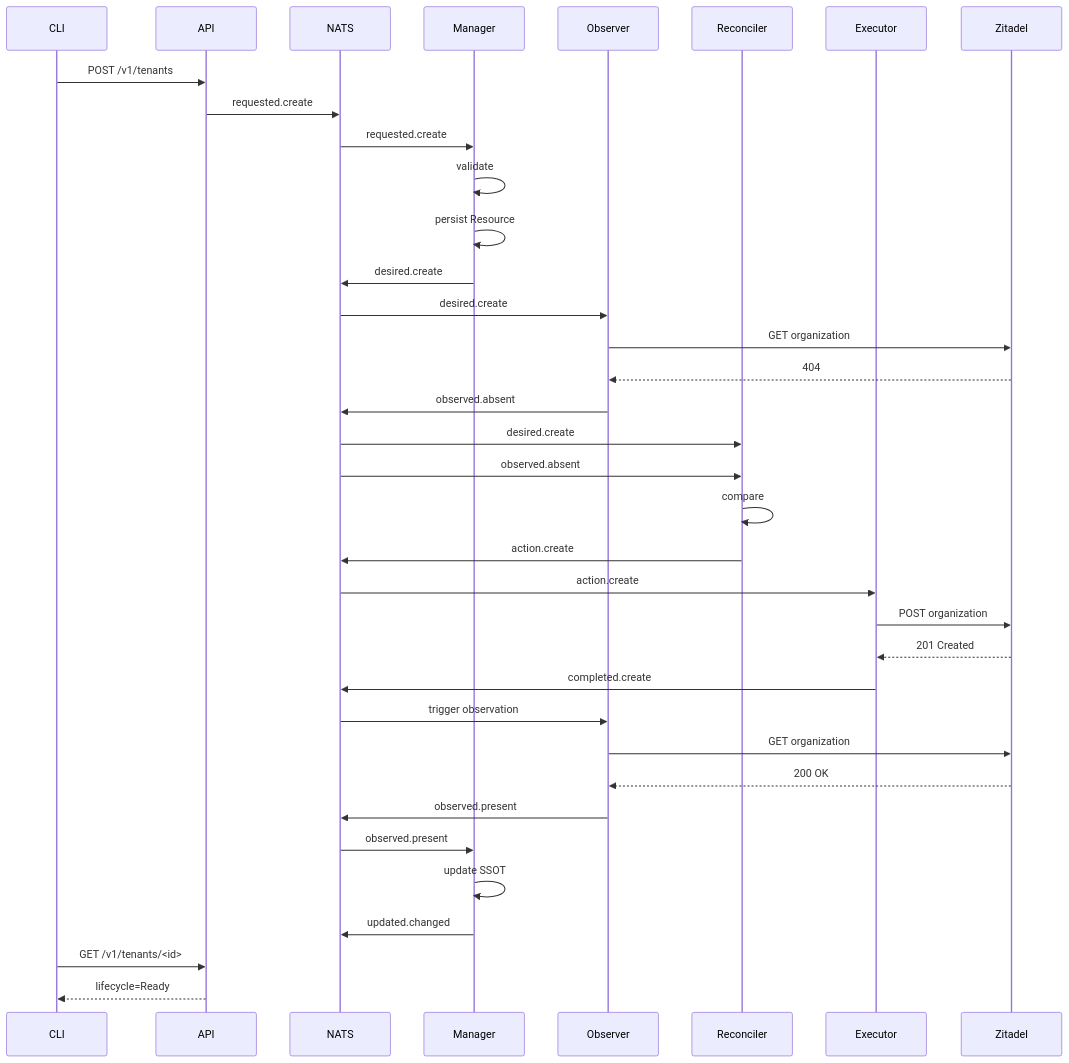
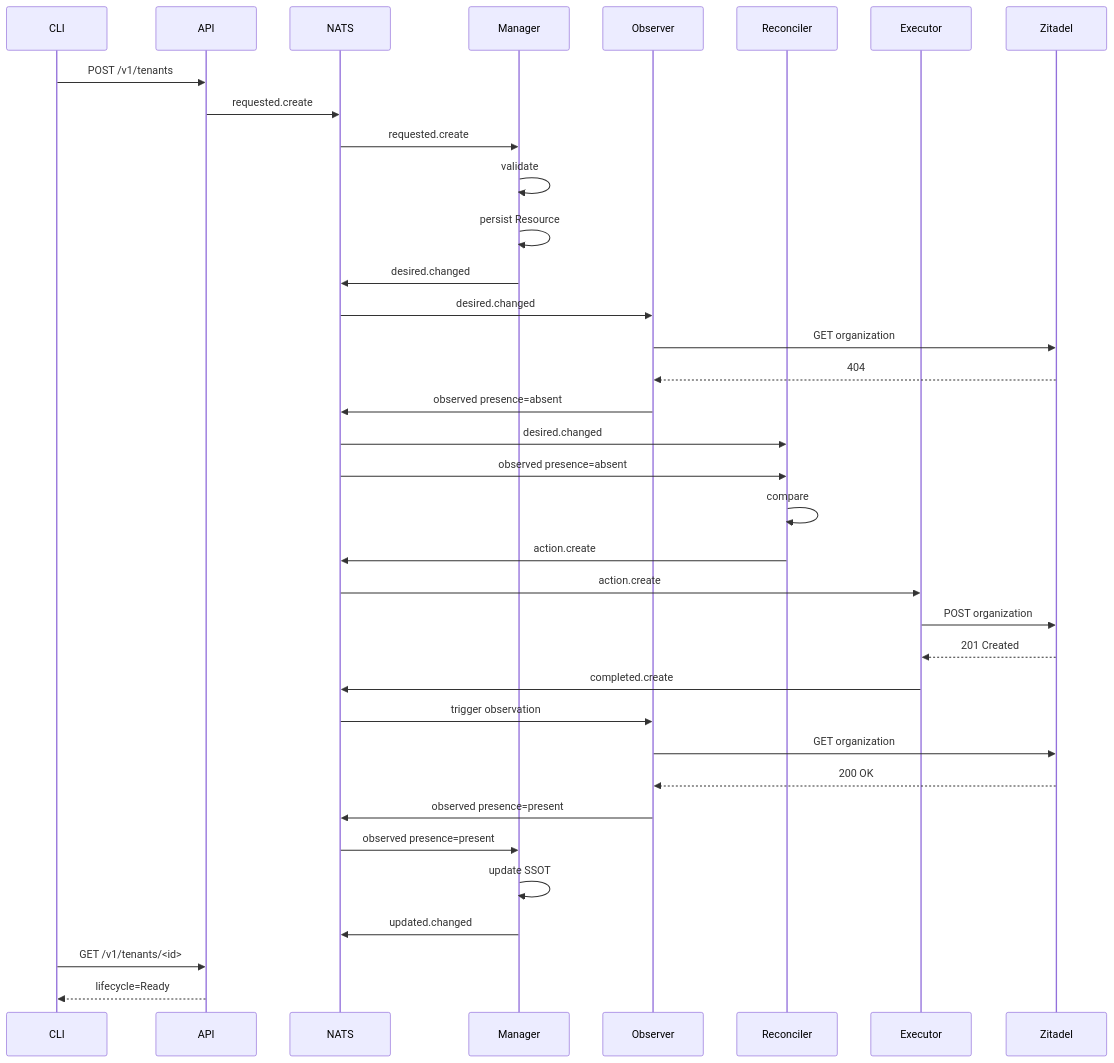
Before and after one commit to danielsabatini/smarkee: diagram 22 of 44 in docs/RESOURCE-CONTROL-LOOP.md, drawn with Mermaid. The commit also changed other lines of this file and 1 other file, not shown here.

Commit message:
docs(control-loop): alinhar subjects e campos ao MESSAGING e NATS

````diff
--- a/docs/RESOURCE-CONTROL-LOOP.md
+++ b/docs/RESOURCE-CONTROL-LOOP.md
@@ -1027,48 +1027,48 @@
 ```mermaid
 sequenceDiagram
 
     participant CLI
     participant API
     participant NATS
     participant Manager
     participant Observer
     participant Reconciler
     participant Executor
     participant Zitadel
 
     CLI->>API: POST /v1/tenants
     API->>NATS: requested.create
 
     NATS->>Manager: requested.create
     Manager->>Manager: validate
     Manager->>Manager: persist Resource
-    Manager->>NATS: desired.create
+    Manager->>NATS: desired.changed
 
-    NATS->>Observer: desired.create
+    NATS->>Observer: desired.changed
     Observer->>Zitadel: GET organization
     Zitadel-->>Observer: 404
-    Observer->>NATS: observed.absent
+    Observer->>NATS: observed presence=absent
 
-    NATS->>Reconciler: desired.create
-    NATS->>Reconciler: observed.absent
+    NATS->>Reconciler: desired.changed
+    NATS->>Reconciler: observed presence=absent
 
     Reconciler->>Reconciler: compare
     Reconciler->>NATS: action.create
 
     NATS->>Executor: action.create
     Executor->>Zitadel: POST organization
     Zitadel-->>Executor: 201 Created
     Executor->>NATS: completed.create
 
     NATS->>Observer: trigger observation
     Observer->>Zitadel: GET organization
     Zitadel-->>Observer: 200 OK
-    Observer->>NATS: observed.present
+    Observer->>NATS: observed presence=present
 
-    NATS->>Manager: observed.present
+    NATS->>Manager: observed presence=present
     Manager->>Manager: update SSOT
     Manager->>NATS: updated.changed
 
     CLI->>API: GET /v1/tenants/<id>
     API-->>CLI: lifecycle=Ready
 ```
````
